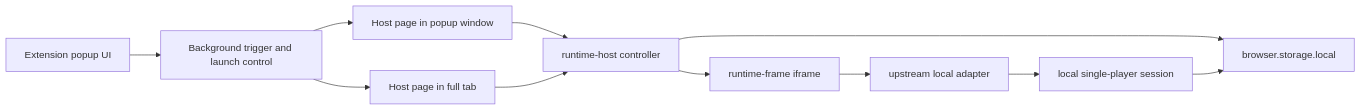
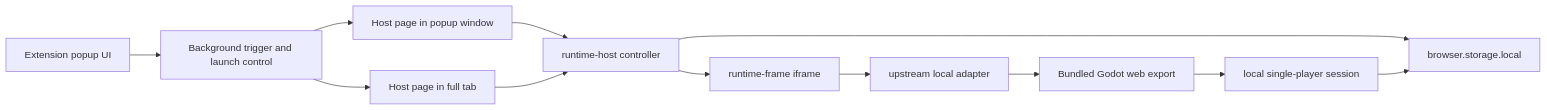
The diagram in README.md (bdtran2002/ForkOrFry), drawn with Mermaid before and after one commit. The commit also changed other lines of this file and 13 other files, not shown here.

First line of the commit message:
feat: wire the Godot local bridge bootstrap

````diff
--- a/README.md
+++ b/README.md
@@ -60,16 +85,17 @@
 ```mermaid
 flowchart LR
   PU[Extension popup UI] --> BG[Background trigger and launch control]
 
   BG --> PW[Host page in popup window]
   BG --> FT[Host page in full tab]
 
   PW --> RH[runtime-host controller]
   FT --> RH
 
   RH --> RF[runtime-frame iframe]
   RF --> UA[upstream local adapter]
-  UA --> LS[local single-player session]
+  UA --> GE[Bundled Godot web export]
+  GE --> LS[local single-player session]
   RH --> ST[browser.storage.local]
   LS --> ST
 ```
````
